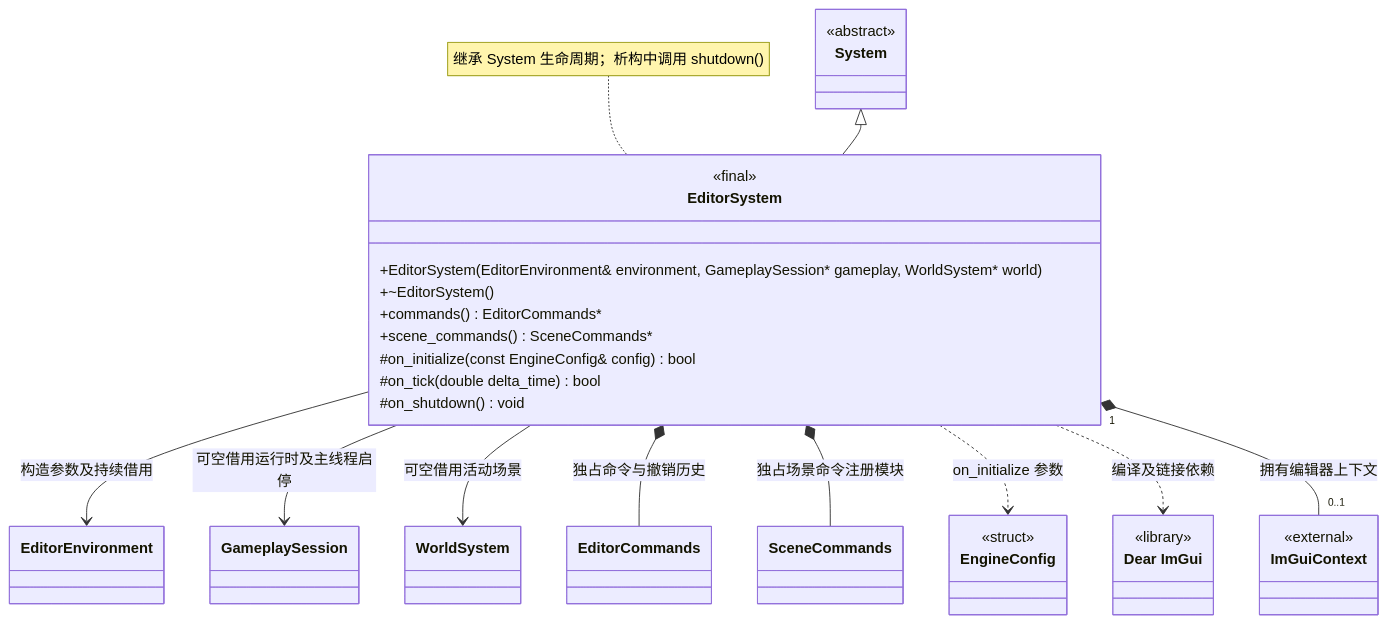
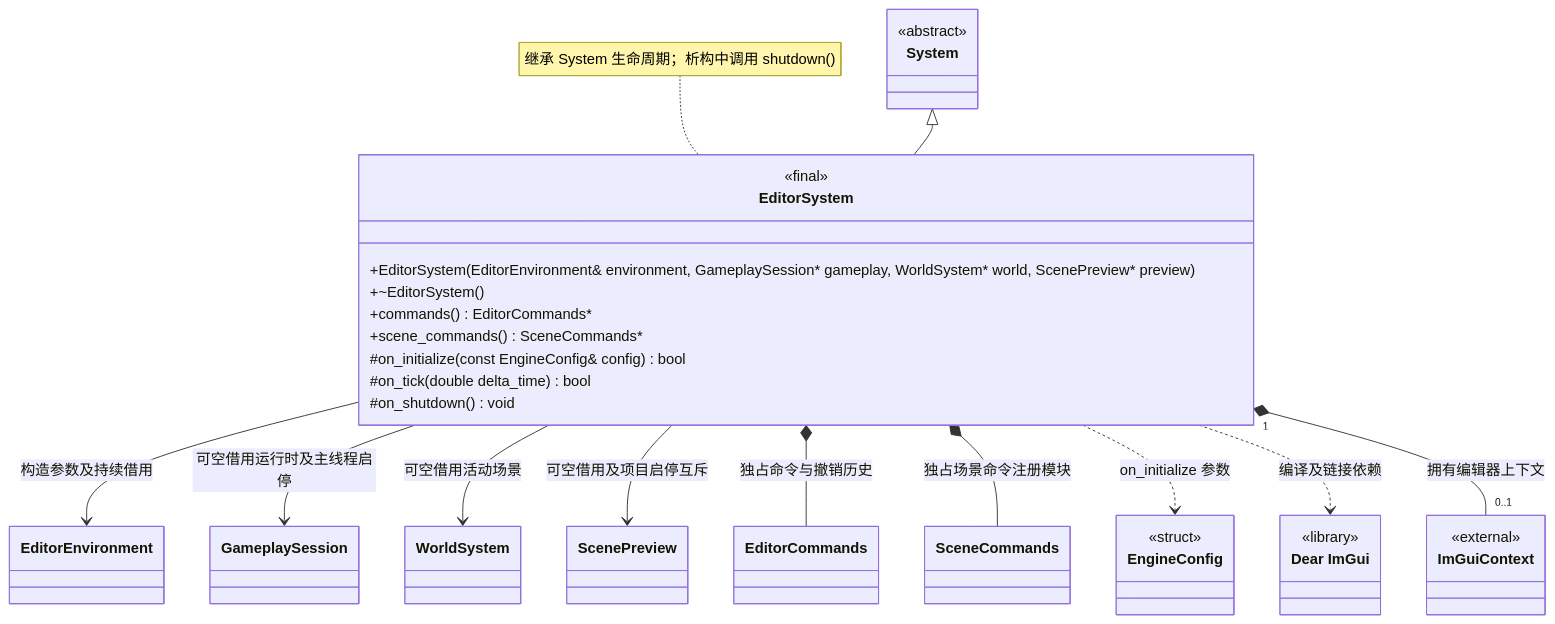
One commit to lcals/Engine changed the diagram in docs/editor/class-diagrams/editor-system.md. Above: the diagram before and after it, drawn with Mermaid. The commit also changed other lines of this file and 93 other files, not shown here.

First line of the commit message:
feat(editor): add live scene preview and temple rendering support

````diff
--- a/docs/editor/class-diagrams/editor-system.md
+++ b/docs/editor/class-diagrams/editor-system.md
@@ -7,41 +7,43 @@
 ```mermaid
 classDiagram
     direction TB
     class EditorSystem {
         <<final>>
-        +EditorSystem(EditorEnvironment& environment, GameplaySession#42; gameplay, WorldSystem#42; world)
+        +EditorSystem(EditorEnvironment& environment, GameplaySession#42; gameplay, WorldSystem#42; world, ScenePreview#42; preview)
         +~EditorSystem()
         +commands() EditorCommands#42;
         +scene_commands() SceneCommands#42;
         #on_initialize(const EngineConfig& config) bool
         #on_tick(double delta_time) bool
         #on_shutdown() void
     }
     class System {
         <<abstract>>
     }
     class EngineConfig {
         <<struct>>
     }
     class EditorEnvironment
     class GameplaySession
     class WorldSystem
     class EditorCommands
     class SceneCommands
+    class ScenePreview
     class DearImGui["Dear ImGui"] {
         <<library>>
     }
     class ImGuiContext {
         <<external>>
     }
     System <|-- EditorSystem
     EditorSystem --> EditorEnvironment : 构造参数及持续借用
     EditorSystem --> GameplaySession : 可空借用运行时及主线程启停
     EditorSystem --> WorldSystem : 可空借用活动场景
+    EditorSystem --> ScenePreview : 可空借用及项目启停互斥
     EditorSystem *-- EditorCommands : 独占命令与撤销历史
     EditorSystem *-- SceneCommands : 独占场景命令注册模块
     EditorSystem ..> EngineConfig : on_initialize 参数
     EditorSystem ..> DearImGui : 编译及链接依赖
     EditorSystem "1" *-- "0..1" ImGuiContext : 拥有编辑器上下文
     note for EditorSystem "继承 System 生命周期；析构中调用 shutdown()"
 ```
````
